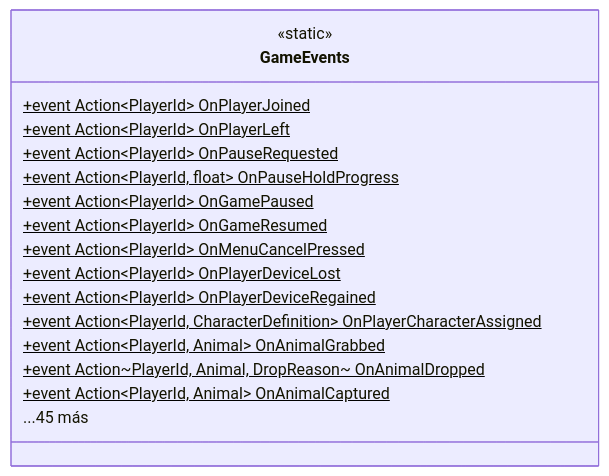
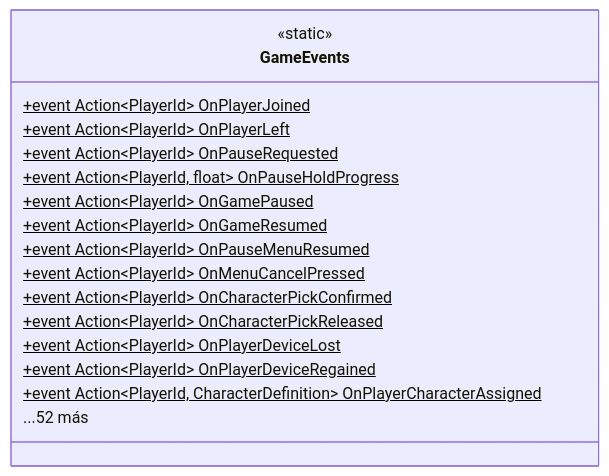
The diagram in Docs/Arquitectura/Clases/Core/GameEvents.md (Chacashi/Alien-Farms), drawn with Mermaid before and after one commit. The commit also changed other lines of this file and 257 other files, not shown here.

````diff
--- a/Docs/Arquitectura/Clases/Core/GameEvents.md
+++ b/Docs/Arquitectura/Clases/Core/GameEvents.md
@@ -15,22 +15,22 @@
 ```mermaid
 classDiagram
   direction LR
   class GameEvents {
     <<static>>
     +event Action~PlayerId~ OnPlayerJoined$
     +event Action~PlayerId~ OnPlayerLeft$
     +event Action~PlayerId~ OnPauseRequested$
     +event Action~PlayerId, float~ OnPauseHoldProgress$
     +event Action~PlayerId~ OnGamePaused$
     +event Action~PlayerId~ OnGameResumed$
+    +event Action~PlayerId~ OnPauseMenuResumed$
     +event Action~PlayerId~ OnMenuCancelPressed$
+    +event Action~PlayerId~ OnCharacterPickConfirmed$
+    +event Action~PlayerId~ OnCharacterPickReleased$
     +event Action~PlayerId~ OnPlayerDeviceLost$
     +event Action~PlayerId~ OnPlayerDeviceRegained$
     +event Action~PlayerId, CharacterDefinition~ OnPlayerCharacterAssigned$
-    +event Action~PlayerId, Animal~ OnAnimalGrabbed$
-    +event Action~PlayerId, Animal, DropReason~ OnAnimalDropped$
-    +event Action~PlayerId, Animal~ OnAnimalCaptured$
-    ...45 más
+    ...52 más
   }
   classDef external fill:#eee,stroke:#999,stroke-dasharray: 4 3,color:#555
 ```
````
